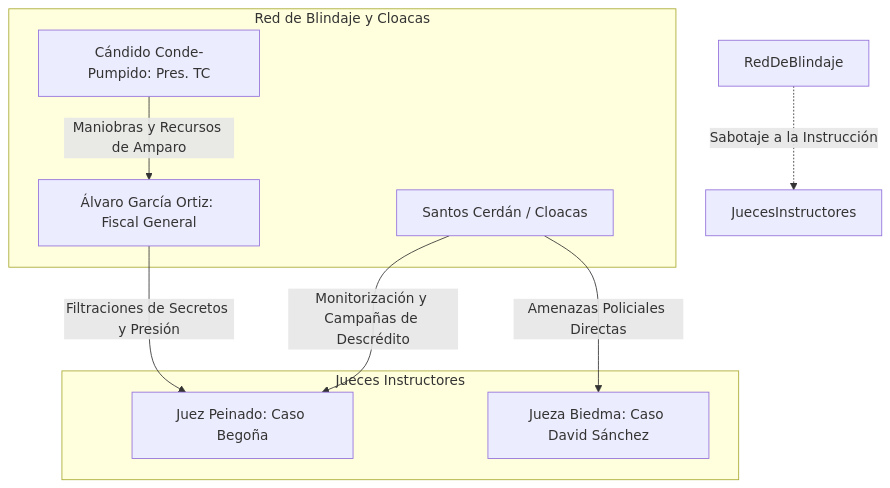
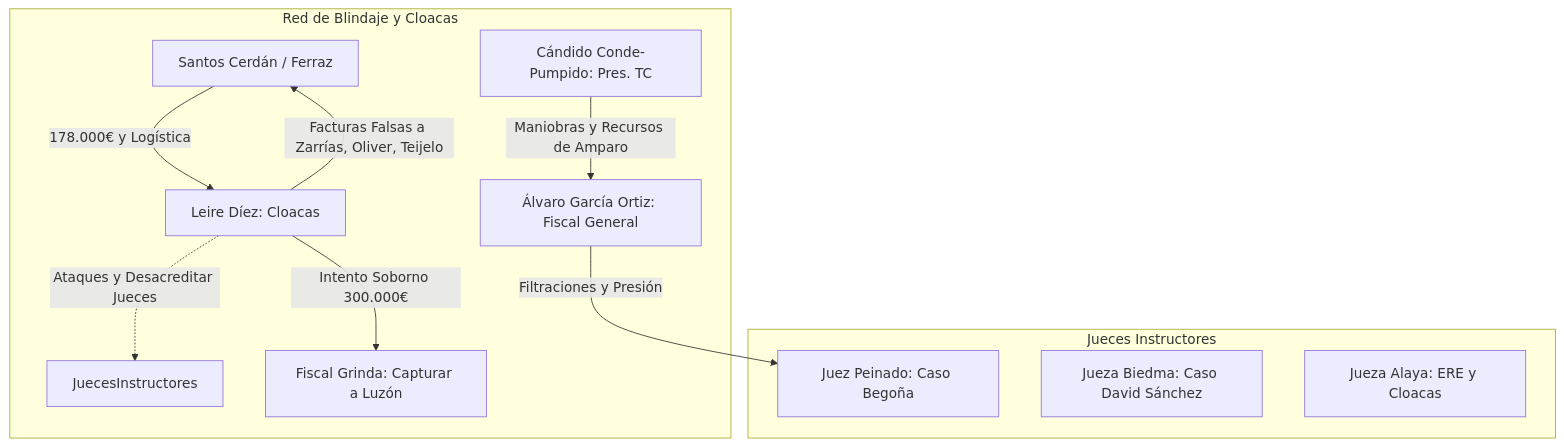
One commit to hipomenes-melanion/corrupcion-politica-es changed the fourth of 4 diagrams in content/analisis/mapa-calor-institucional.md. Above: the diagram before and after it, drawn with Mermaid. The commit also changed other lines of this file and 5 other files, not shown here.

````diff
--- a/content/analisis/mapa-calor-institucional.md
+++ b/content/analisis/mapa-calor-institucional.md
@@ -71,16 +117,17 @@
 ```mermaid
 flowchart TD
     subgraph Jueces Instructores
         JP[Juez Peinado: Caso Begoña]
         BB[Jueza Biedma: Caso David Sánchez]
+        MA[Jueza Alaya: ERE y Cloacas]
     end
     
     subgraph Red de Blindaje y Cloacas
-        AGO[Álvaro García Ortiz: Fiscal General] -->|Filtraciones de Secretos y Presión| JP
+        AGO[Álvaro García Ortiz: Fiscal General] -->|Filtraciones y Presión| JP
         CP[Cándido Conde-Pumpido: Pres. TC] -->|Maniobras y Recursos de Amparo| AGO
-        SC[Santos Cerdán / Cloacas] -->|Monitorización y Campañas de Descrédito| JP
-        SC -->|Amenazas Policiales Directas| BB
+        SC[Santos Cerdán / Ferraz] -->|178.000€ y Logística| LD[Leire Díez: Cloacas]
+        LD -->|Facturas Falsas a Zarrías, Oliver, Teijelo| SC
+        LD -.->|Ataques y Desacreditar Jueces| JuecesInstructores
+        LD -->|Intento Soborno 300.000€| JG[Fiscal Grinda: Capturar a Luzón]
     end
-
-    RedDeBlindaje -.->|Sabotaje a la Instrucción| JuecesInstructores
 ```
````
